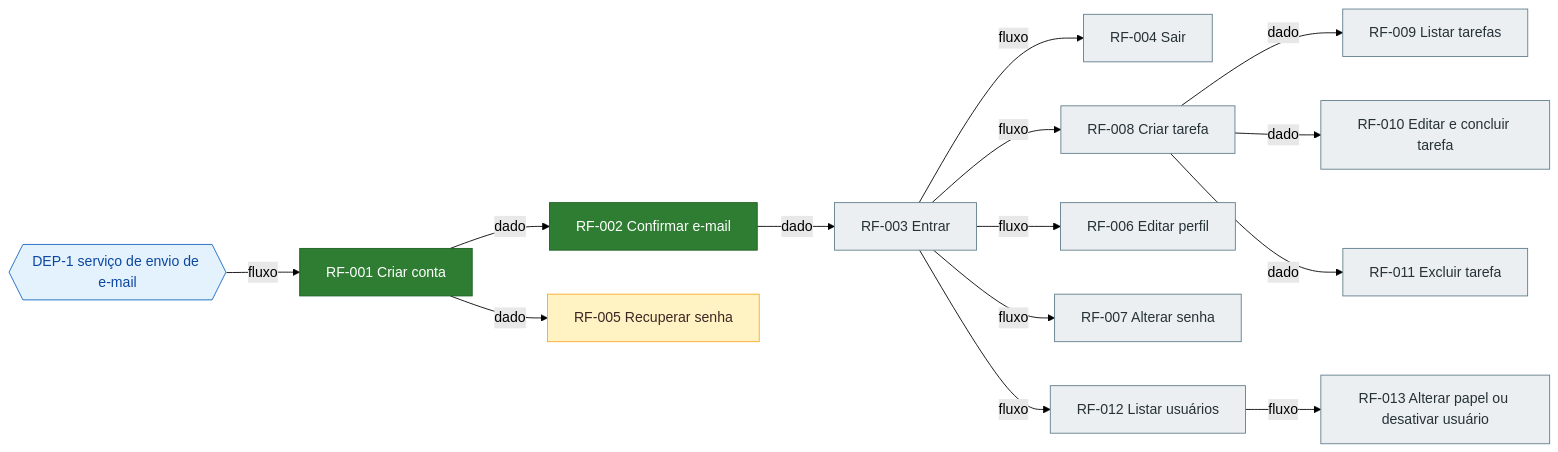
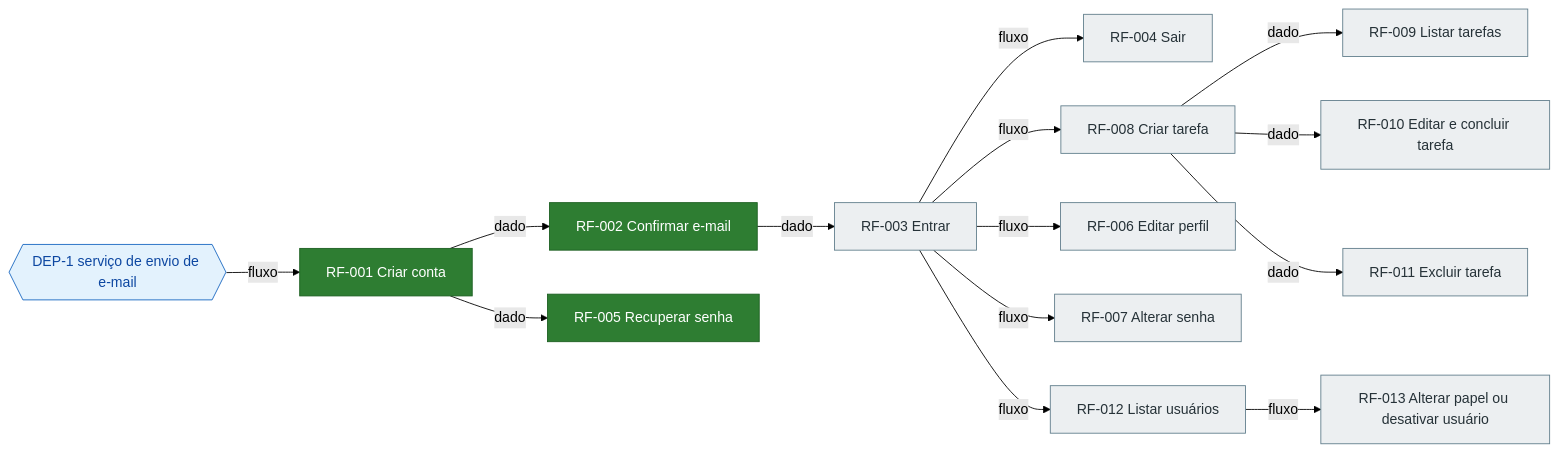
The diagram in docs/product/roadmap.md (maiconsouza89/ai-template-harness-nestj-react-monorepo), drawn with Mermaid (forest theme) before and after one commit. The commit also changed other lines of this file and 2 other files, not shown here.

````diff
--- a/docs/product/roadmap.md
+++ b/docs/product/roadmap.md
@@ -18,35 +18,35 @@
 ```mermaid
 graph LR
   DEP1{{"DEP-1 serviço de envio de e-mail"}}:::externa
   RF001["RF-001 Criar conta"]:::feito
   RF002["RF-002 Confirmar e-mail"]:::feito
-  RF005["RF-005 Recuperar senha"]:::andamento
+  RF005["RF-005 Recuperar senha"]:::feito
   RF003["RF-003 Entrar"]:::pendente
   RF004["RF-004 Sair"]:::pendente
   RF008["RF-008 Criar tarefa"]:::pendente
   RF006["RF-006 Editar perfil"]:::pendente
   RF007["RF-007 Alterar senha"]:::pendente
   RF012["RF-012 Listar usuários"]:::pendente
   RF009["RF-009 Listar tarefas"]:::pendente
   RF010["RF-010 Editar e concluir tarefa"]:::pendente
   RF011["RF-011 Excluir tarefa"]:::pendente
   RF013["RF-013 Alterar papel ou desativar usuário"]:::pendente
   DEP1 -->|fluxo| RF001
   RF001 -->|dado| RF002
   RF002 -->|dado| RF003
   RF003 -->|fluxo| RF004
   RF001 -->|dado| RF005
   RF003 -->|fluxo| RF006
   RF003 -->|fluxo| RF007
   RF003 -->|fluxo| RF008
   RF008 -->|dado| RF009
   RF008 -->|dado| RF010
   RF008 -->|dado| RF011
   RF003 -->|fluxo| RF012
   RF012 -->|fluxo| RF013
   classDef pendente fill:#eceff1,stroke:#607d8b,color:#263238
   classDef andamento fill:#fff3c4,stroke:#f9a825,color:#3e2723
   classDef feito fill:#2e7d32,stroke:#1b5e20,color:#ffffff
   classDef bloqueado fill:#c62828,stroke:#8e0000,color:#ffffff
   classDef externa fill:#e3f2fd,stroke:#1565c0,color:#0d47a1
 ```
````
